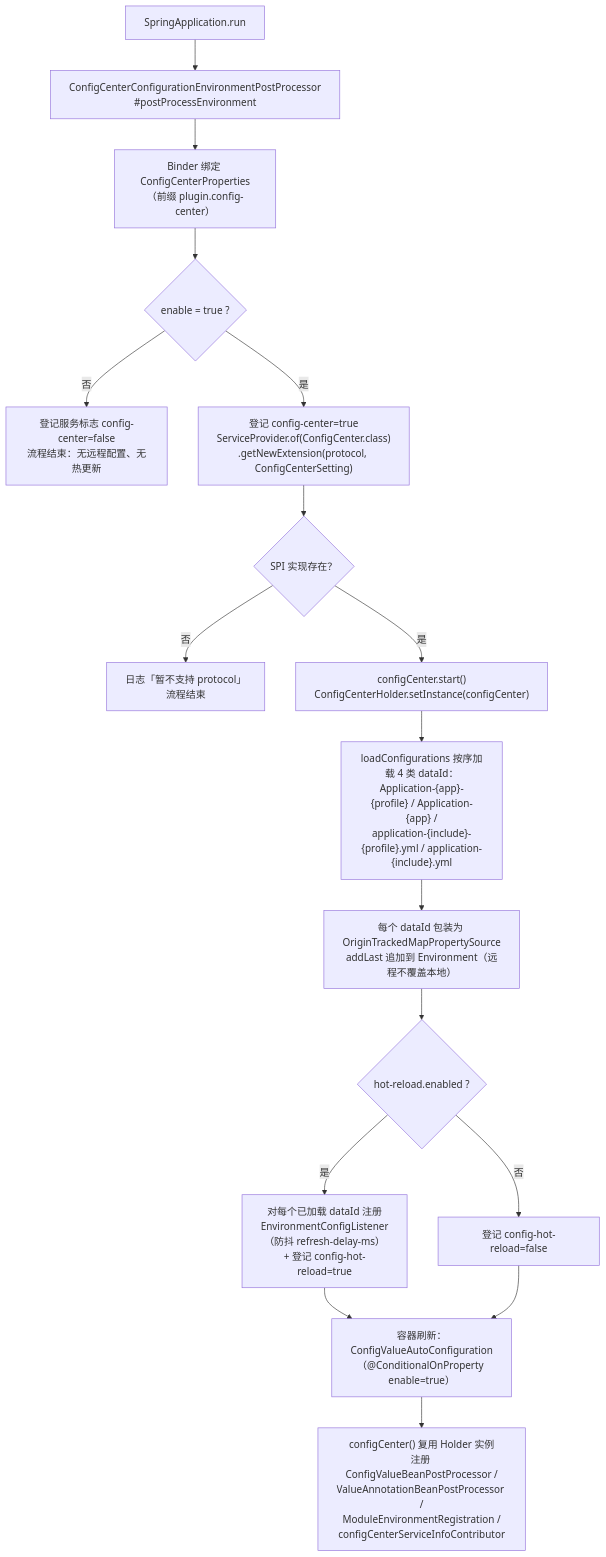
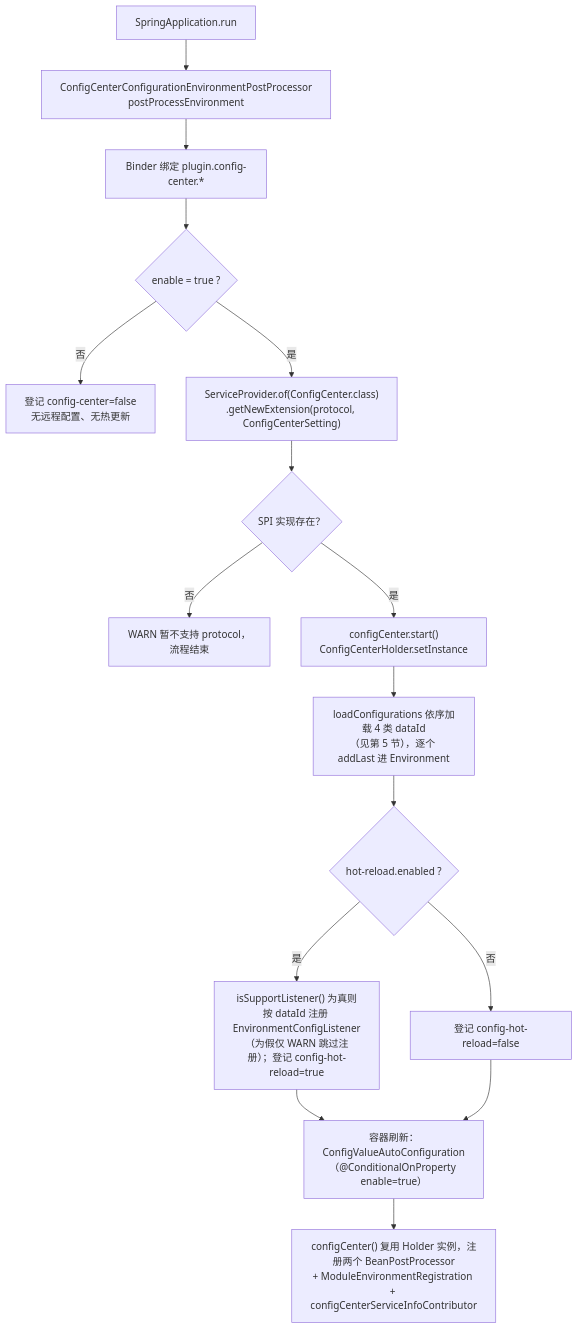
One commit to CHTK001/spring-support-parent-starter changed the second of 2 diagrams in spring-support-configcenter-starter/README.md. Above: the diagram before and after it, drawn with Mermaid. The commit also changed other lines of this file and 54 other files, not shown here.

````diff
--- a/spring-support-configcenter-starter/README.md
+++ b/spring-support-configcenter-starter/README.md
@@ -93,19 +36,18 @@
 ```mermaid
 flowchart TD
-    A["SpringApplication.run"] --> B["ConfigCenterConfigurationEnvironmentPostProcessor<br/>#postProcessEnvironment"]
-    B --> C["Binder 绑定 ConfigCenterProperties<br/>（前缀 plugin.config-center）"]
+    A["SpringApplication.run"] --> B["ConfigCenterConfigurationEnvironmentPostProcessor<br/>postProcessEnvironment"]
+    B --> C["Binder 绑定 plugin.config-center.*"]
     C --> D{"enable = true ?"}
-    D -->|"否"| E["登记服务标志 config-center=false<br/>流程结束：无远程配置、无热更新"]
-    D -->|"是"| F["登记 config-center=true<br/>ServiceProvider.of(ConfigCenter.class)<br/>.getNewExtension(protocol, ConfigCenterSetting)"]
+    D -->|"否"| E["登记 config-center=false<br/>无远程配置、无热更新"]
+    D -->|"是"| F["ServiceProvider.of(ConfigCenter.class)<br/>.getNewExtension(protocol, ConfigCenterSetting)"]
     F --> G{"SPI 实现存在？"}
-    G -->|"否"| H["日志「暂不支持 protocol」<br/>流程结束"]
-    G -->|"是"| I["configCenter.start()<br/>ConfigCenterHolder.setInstance(configCenter)"]
-    I --> J["loadConfigurations 按序加载 4 类 dataId：<br/>Application-{app}-{profile} / Application-{app} /<br/>application-{include}-{profile}.yml / application-{include}.yml"]
-    J --> K["每个 dataId 包装为 OriginTrackedMapPropertySource<br/>addLast 追加到 Environment（远程不覆盖本地）"]
-    K --> L{"hot-reload.enabled ?"}
-    L -->|"是"| M["对每个已加载 dataId 注册<br/>EnvironmentConfigListener<br/>（防抖 refresh-delay-ms）+ 登记 config-hot-reload=true"]
-    L -->|"否"| N["登记 config-hot-reload=false"]
-    M --> O["容器刷新：ConfigValueAutoConfiguration<br/>（@ConditionalOnProperty enable=true）"]
-    N --> O
-    O --> P["configCenter() 复用 Holder 实例<br/>注册 ConfigValueBeanPostProcessor /<br/>ValueAnnotationBeanPostProcessor /<br/>ModuleEnvironmentRegistration /<br/>configCenterServiceInfoContributor"]
+    G -->|"否"| H["WARN 暂不支持 protocol，流程结束"]
+    G -->|"是"| I["configCenter.start()<br/>ConfigCenterHolder.setInstance"]
+    I --> J["loadConfigurations 依序加载 4 类 dataId<br/>（见第 5 节），逐个 addLast 进 Environment"]
+    J --> K{"hot-reload.enabled ?"}
+    K -->|"是"| L["isSupportListener() 为真则按 dataId 注册 EnvironmentConfigListener<br/>（为假仅 WARN 跳过注册）；登记 config-hot-reload=true"]
+    K -->|"否"| M["登记 config-hot-reload=false"]
+    L --> N["容器刷新：ConfigValueAutoConfiguration<br/>（@ConditionalOnProperty enable=true）"]
+    M --> N
+    N --> O["configCenter() 复用 Holder 实例，注册两个 BeanPostProcessor<br/>+ ModuleEnvironmentRegistration + configCenterServiceInfoContributor"]
 ```
````
